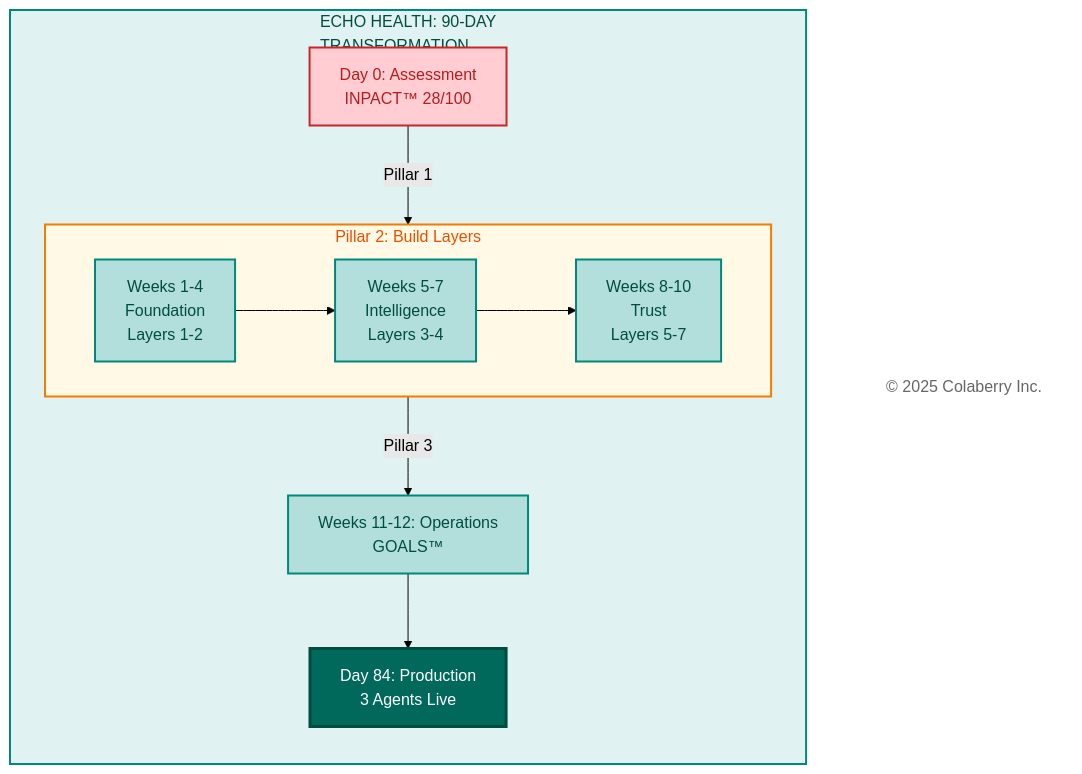
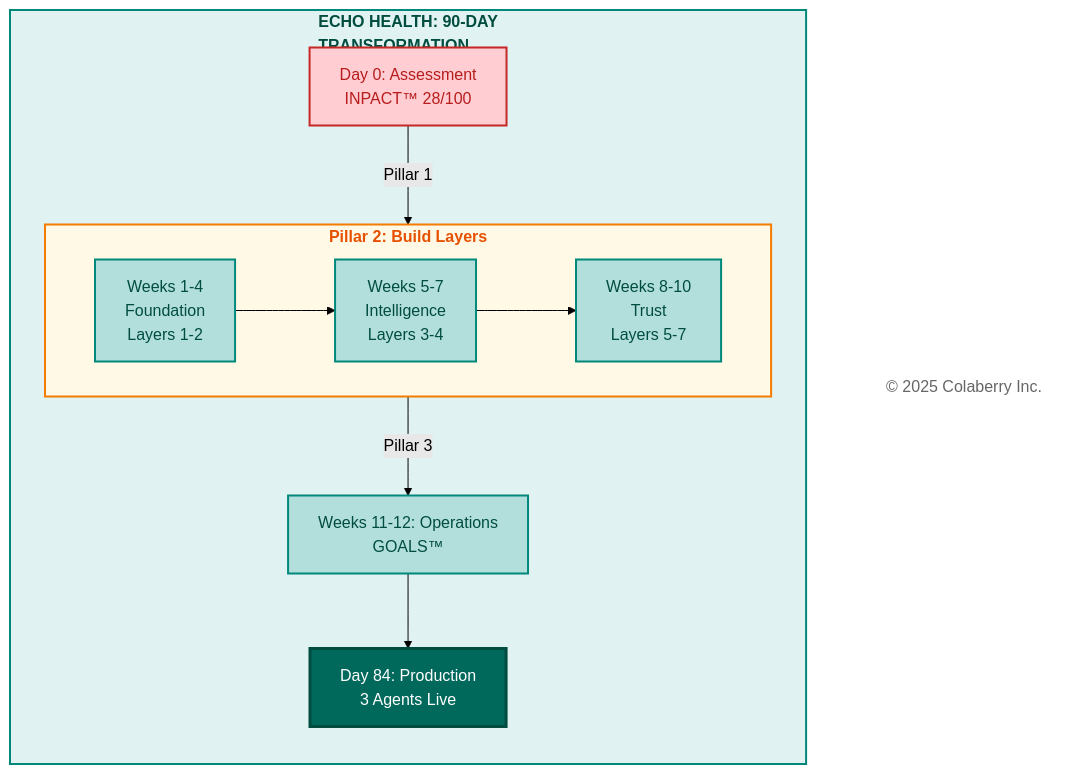
One commit to saitejesh-cyber/trust-before-intelligence-book changed the tenth of 11 diagrams in manuscript/09_chapter_8_architecture_of_trust_in_action.md. Above: the diagram before and after it, drawn with Mermaid (forest theme). The commit also changed other lines of this file, not shown here.

````diff
--- a/manuscript/09_chapter_8_architecture_of_trust_in_action.md
+++ b/manuscript/09_chapter_8_architecture_of_trust_in_action.md
@@ -795,37 +795,37 @@
 ```mermaid
 
 graph TB
-  subgraph JOURNEY["ECHO HEALTH: 90-DAY <br/>TRANSFORMATION"]
+  subgraph JOURNEY["<b>ECHO HEALTH: 90-DAY<br/>TRANSFORMATION</b>"]
     direction TB
     D0["Day 0: Assessment<br/>INPACT™ 28/100"]
     
-    subgraph BUILD["Pillar 2: Build Layers"]
+    subgraph BUILD["<b>Pillar 2: Build Layers</b>"]
       direction LR
       W4["Weeks 1-4<br/>Foundation<br/>Layers 1-2"]
       W7["Weeks 5-7<br/>Intelligence<br/>Layers 3-4"]
       W10["Weeks 8-10<br/>Trust<br/>Layers 5-7"]
       W4 --> W7 --> W10
     end
     
     W12["Weeks 11-12: Operations<br/>GOALS™"]
     
     FINAL["Day 84: Production<br/>3 Agents Live"]
   end
   
   Copyright["© 2025 Colaberry Inc."]
   
   D0 -->|"Pillar 1"| BUILD
   BUILD -->|"Pillar 3"| W12
   W12 --> FINAL
   
   style JOURNEY fill:#e0f2f1,stroke:#00897b,stroke-width:2px,color:#004d40
   style D0 fill:#ffcdd2,stroke:#c62828,stroke-width:2px,color:#b71c1c
   style BUILD fill:#fff9e6,stroke:#f57c00,stroke-width:2px,color:#e65100
   style W4 fill:#b2dfdb,stroke:#00897b,stroke-width:2px,color:#004d40
   style W7 fill:#b2dfdb,stroke:#00897b,stroke-width:2px,color:#004d40
   style W10 fill:#b2dfdb,stroke:#00897b,stroke-width:2px,color:#004d40
   style W12 fill:#b2dfdb,stroke:#00897b,stroke-width:2px,color:#004d40
   style FINAL fill:#00695c,color:#ffffff,stroke:#004d40,stroke-width:3px
   style Copyright fill:#ffffff,stroke:none,color:#666666
 
 ```
````
